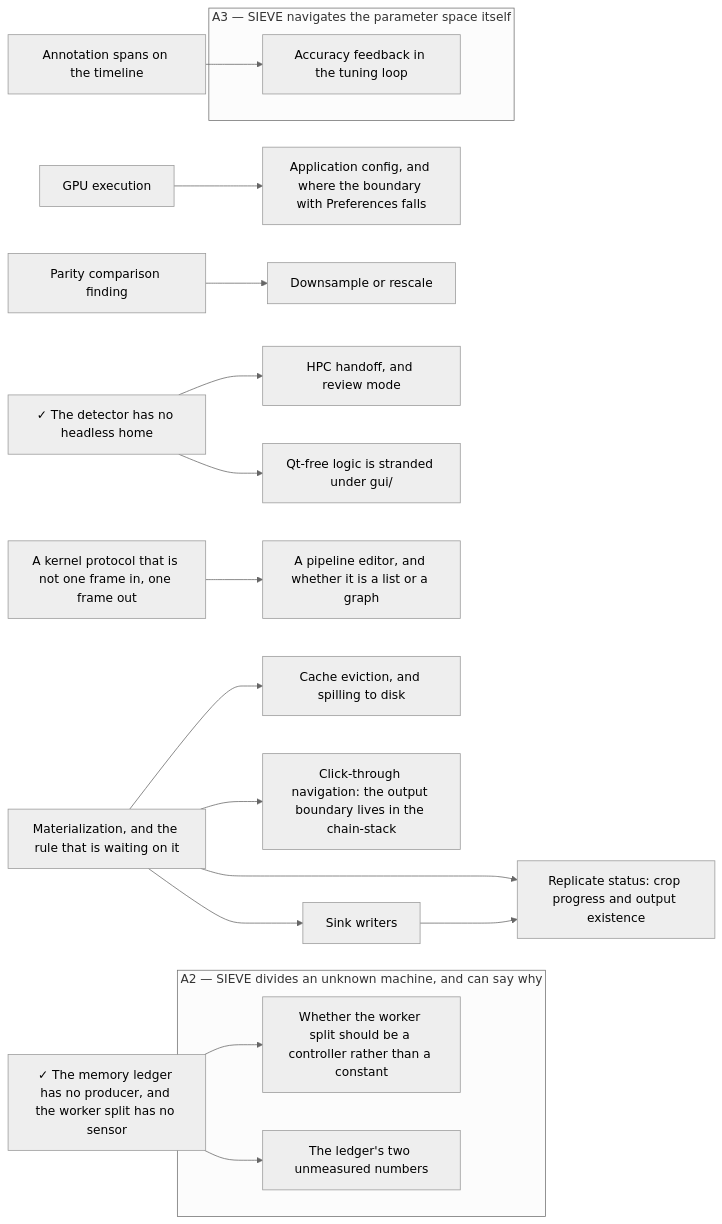
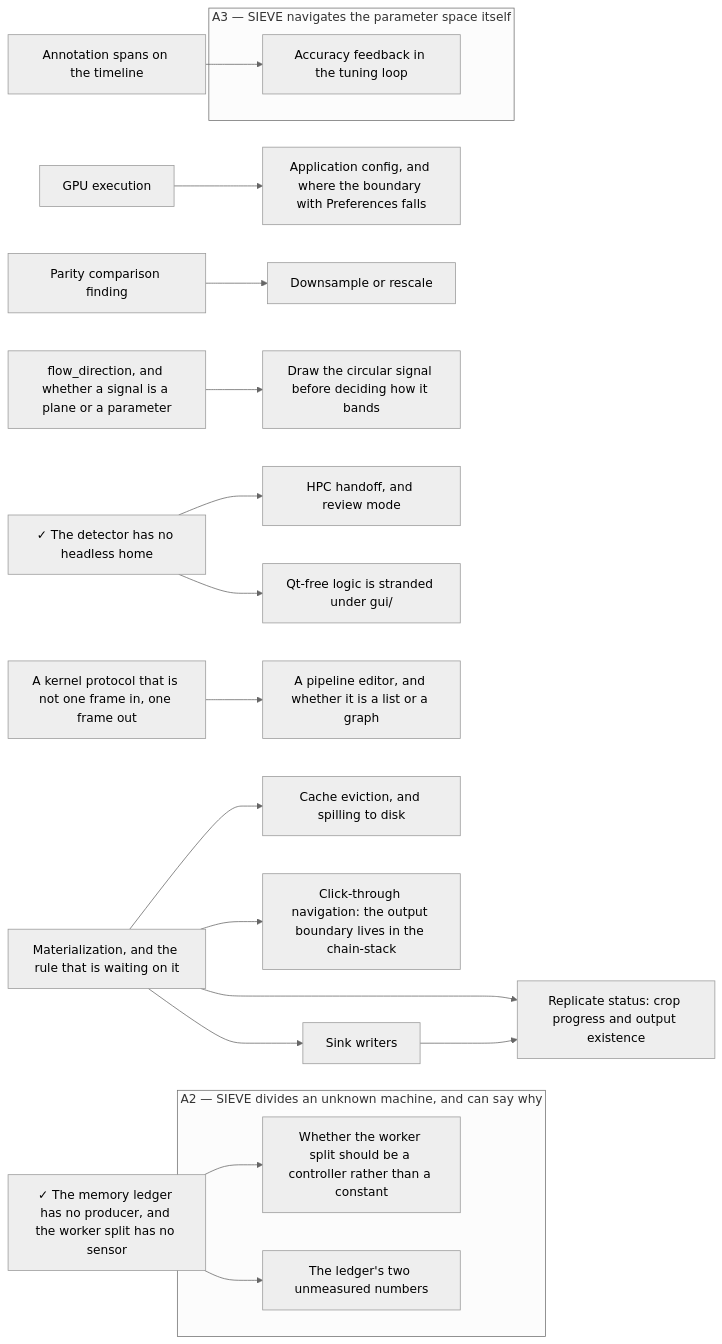
The diagram in docs/.state.md (soulsynapse/antscihub-SIEVE), drawn with Mermaid (neutral theme) before and after one commit. The commit also changed other lines of this file and 4 other files, not shown here.

````diff
--- a/docs/.state.md
+++ b/docs/.state.md
@@ -78,39 +82,42 @@
 ```mermaid
 graph LR
   subgraph A2["A2 — SIEVE divides an unknown machine, and can say why"]
       adaptive_worker_allocation["Whether the worker split should be a controller rather than a constant"]
       ledger_measurements["The ledger's two unmeasured numbers"]
   end
   subgraph A3["A3 — SIEVE navigates the parameter space itself"]
       accuracy_feedback["Accuracy feedback in the tuning loop"]
   end
     annotation_spans["Annotation spans on the timeline"]
     application_config["Application config, and where the boundary with Preferences falls"]
+    block_signal_free_measures["flow_direction, and whether a signal is a plane or a parameter"]
     cache_eviction["Cache eviction, and spilling to disk"]
     click_through_navigation["Click-through navigation: the output boundary lives in the chain-stack"]
     downsample_or_rescale["Downsample or rescale"]
     gpu_execution["GPU execution"]
     headless_detection["✓ The detector has no headless home"]
     hpc_handoff_and_review_mode["HPC handoff, and review mode"]
     kernel_protocol_beyond_one_frame["A kernel protocol that is not one frame in, one frame out"]
     ledger_producers["✓ The memory ledger has no producer, and the worker split has no sensor"]
     materialization["Materialization, and the rule that is waiting on it"]
+    mockups_for_representation_questions["Draw the circular signal before deciding how it bands"]
     parity_comparison_finding["Parity comparison finding"]
     pipeline_editor_list_or_graph["A pipeline editor, and whether it is a list or a graph"]
     qt_free_logic_under_gui["Qt-free logic is stranded under gui/"]
     replicate_status_columns["Replicate status: crop progress and output existence"]
     sink_writers["Sink writers"]
     annotation_spans --> accuracy_feedback
     ledger_producers --> adaptive_worker_allocation
     gpu_execution --> application_config
     materialization --> cache_eviction
     materialization --> click_through_navigation
     parity_comparison_finding --> downsample_or_rescale
     headless_detection --> hpc_handoff_and_review_mode
     ledger_producers --> ledger_measurements
+    block_signal_free_measures --> mockups_for_representation_questions
     kernel_protocol_beyond_one_frame --> pipeline_editor_list_or_graph
     headless_detection --> qt_free_logic_under_gui
     sink_writers --> replicate_status_columns
     materialization --> replicate_status_columns
     materialization --> sink_writers
 ```
````
